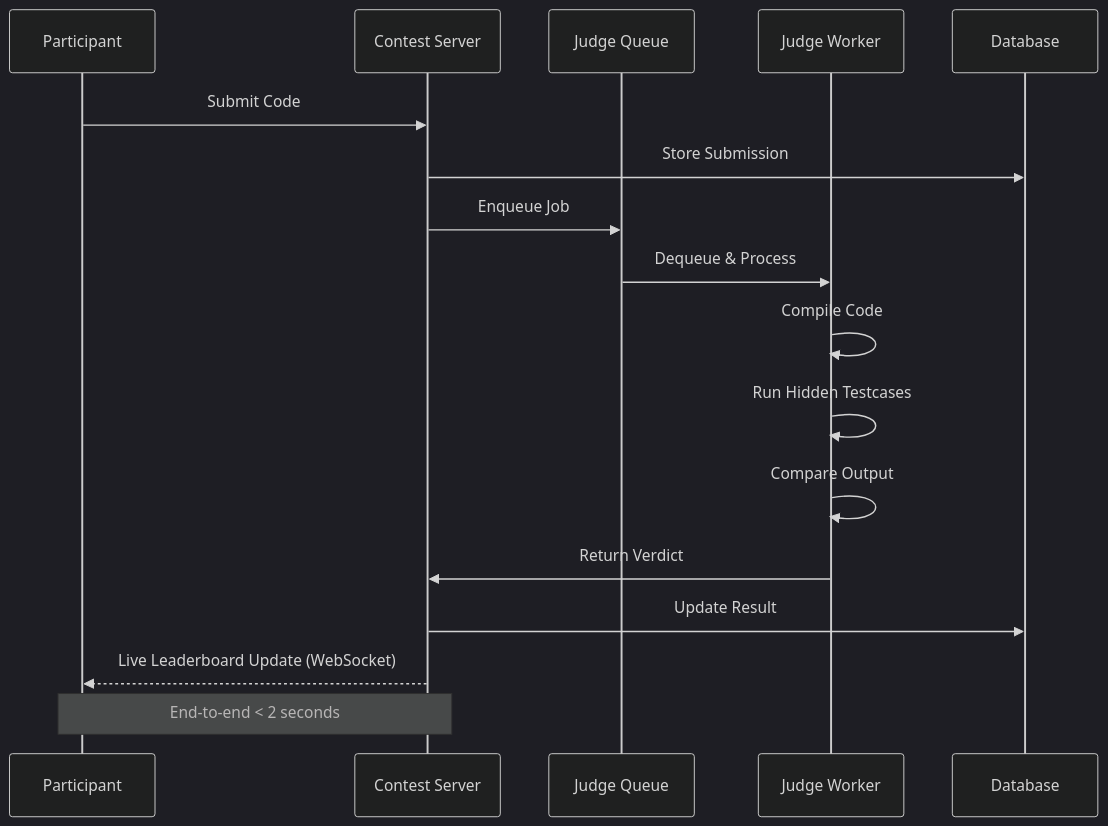
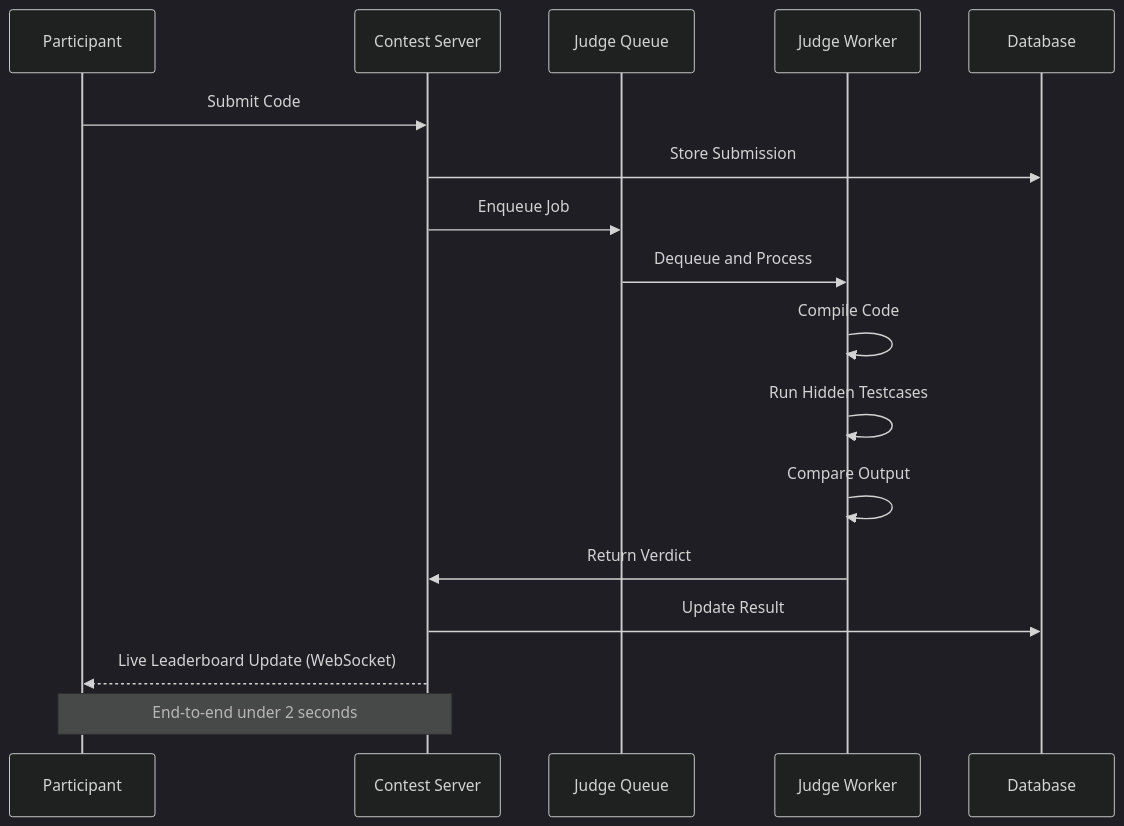
Before and after one commit to mrinmoyChakraborty-mrinox/ByteArena: the second of 8 diagrams in README.md, drawn with Mermaid (dark theme). The commit also changed other lines of this file, not shown here.

First line of the commit message:
fix: resolve Mermaid diagram rendering issues on GitHub

````diff
--- a/README.md
+++ b/README.md
@@ -52,20 +54,20 @@
 ```mermaid
 sequenceDiagram
     participant P as Participant
     participant CS as Contest Server
     participant Q as Judge Queue
     participant JW as Judge Worker
     participant DB as Database
 
     P->>CS: Submit Code
     CS->>DB: Store Submission
     CS->>Q: Enqueue Job
-    Q->>JW: Dequeue & Process
+    Q->>JW: Dequeue and Process
     JW->>JW: Compile Code
     JW->>JW: Run Hidden Testcases
     JW->>JW: Compare Output
     JW->>CS: Return Verdict
     CS->>DB: Update Result
     CS-->>P: Live Leaderboard Update (WebSocket)
-    Note over CS,P: End-to-end < 2 seconds
+    Note over CS,P: End-to-end under 2 seconds
 ```
````
